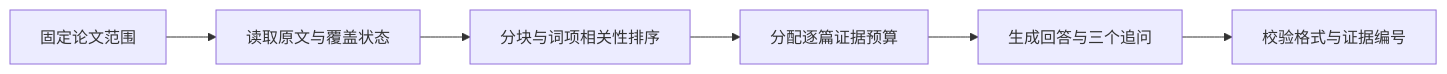
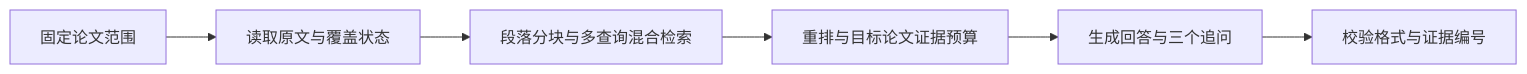
The diagram in README.md (AOBI8001/LitGraph), drawn with Mermaid before and after one commit. The commit also changed other lines of this file and 85 other files, not shown here.

````diff
--- a/README.md
+++ b/README.md
@@ -257,10 +294,10 @@
 ```mermaid
 flowchart LR
     accTitle: LitGraph research evidence workflow
     accDescr: 研究问题固定论文范围后，从已索引原文中分块检索，分配上下文预算，再生成并校验回答与追问。
     paper_scope[固定论文范围] --> source_text[读取原文与覆盖状态]
-    source_text --> rank_chunks[分块与词项相关性排序]
-    rank_chunks --> evidence_budget[分配逐篇证据预算]
+    source_text --> rank_chunks[段落分块与多查询混合检索]
+    rank_chunks --> evidence_budget[重排与目标论文证据预算]
     evidence_budget --> generate_answer[生成回答与三个追问]
     generate_answer --> validate_result[校验格式与证据编号]
 ```
````
